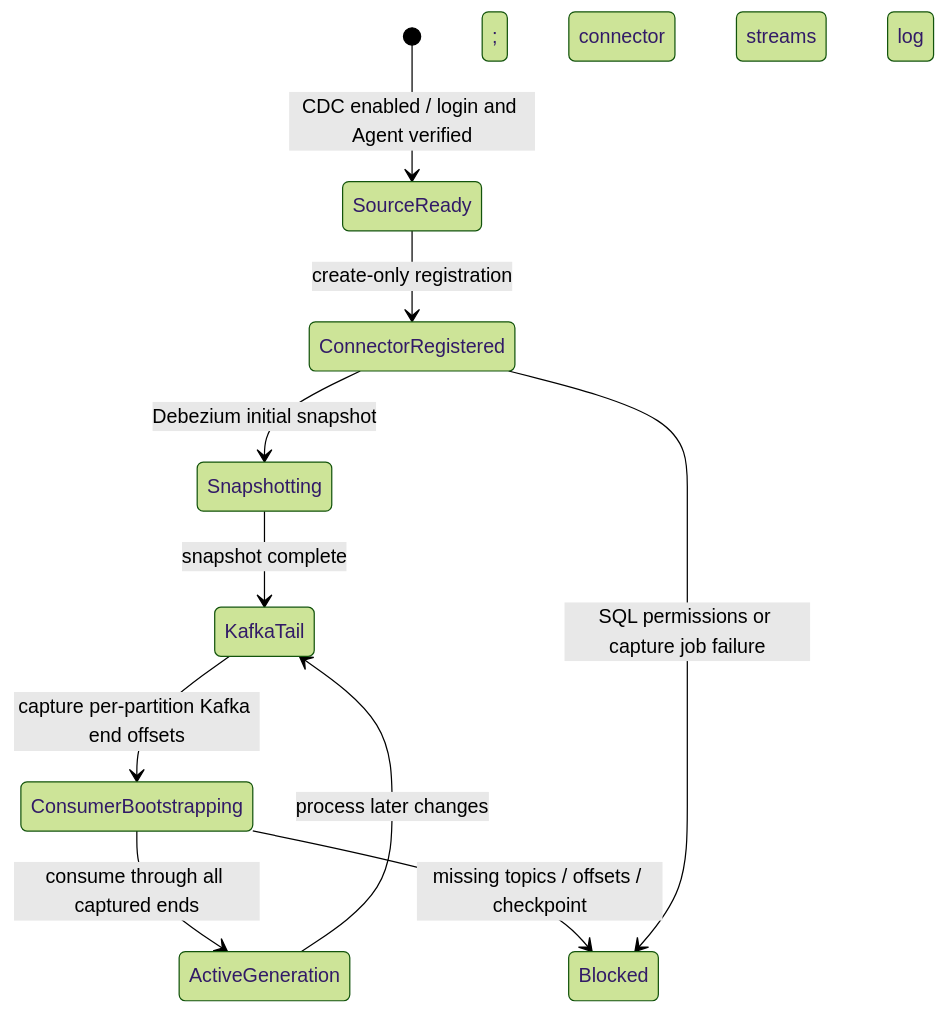
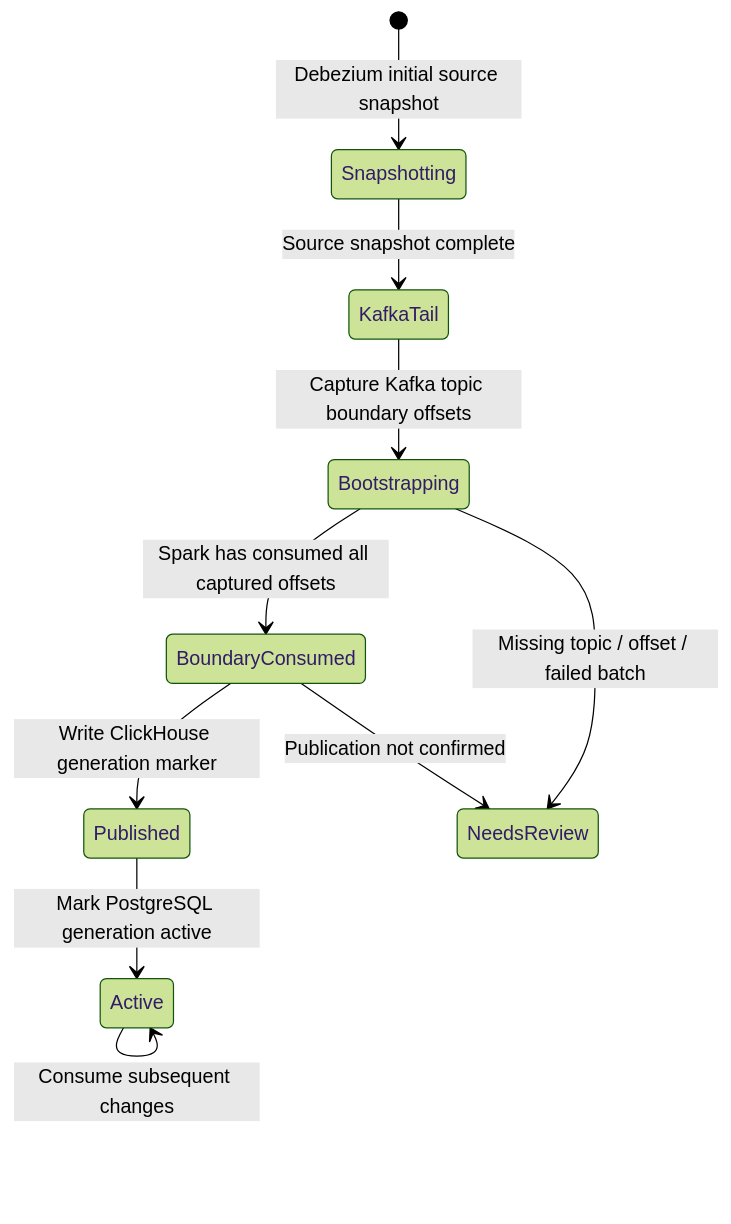
The second of 4 diagrams in docs/02-architecture/diagrams/streaming-pipeline.md (pzolfaghari72/students-data-engineering-platform), drawn with Mermaid (forest theme) before and after one commit. The commit also changed other lines of this file and 41 other files, not shown here.

````diff
--- a/docs/02-architecture/diagrams/streaming-pipeline.md
+++ b/docs/02-architecture/diagrams/streaming-pipeline.md
@@ -27,12 +23,12 @@
 ```mermaid
 stateDiagram-v2
-    [*] --> SourceReady: CDC enabled / login and Agent verified
-    SourceReady --> ConnectorRegistered: create-only registration
-    ConnectorRegistered --> Snapshotting: Debezium initial snapshot
-    Snapshotting --> KafkaTail: snapshot complete; connector streams log
-    KafkaTail --> ConsumerBootstrapping: capture per-partition Kafka end offsets
-    ConsumerBootstrapping --> ActiveGeneration: consume through all captured ends
-    ActiveGeneration --> KafkaTail: process later changes
-    ConsumerBootstrapping --> Blocked: missing topics / offsets / checkpoint
-    ConnectorRegistered --> Blocked: SQL permissions or capture job failure
+    [*] --> Snapshotting: Debezium initial source snapshot
+    Snapshotting --> KafkaTail: Source snapshot complete
+    KafkaTail --> Bootstrapping: Capture Kafka topic boundary offsets
+    Bootstrapping --> BoundaryConsumed: Spark has consumed all captured offsets
+    BoundaryConsumed --> Published: Write ClickHouse generation marker
+    Published --> Active: Mark PostgreSQL generation active
+    Active --> Active: Consume subsequent changes
+    Bootstrapping --> NeedsReview: Missing topic / offset / failed batch
+    BoundaryConsumed --> NeedsReview: Publication not confirmed
 ```
````
